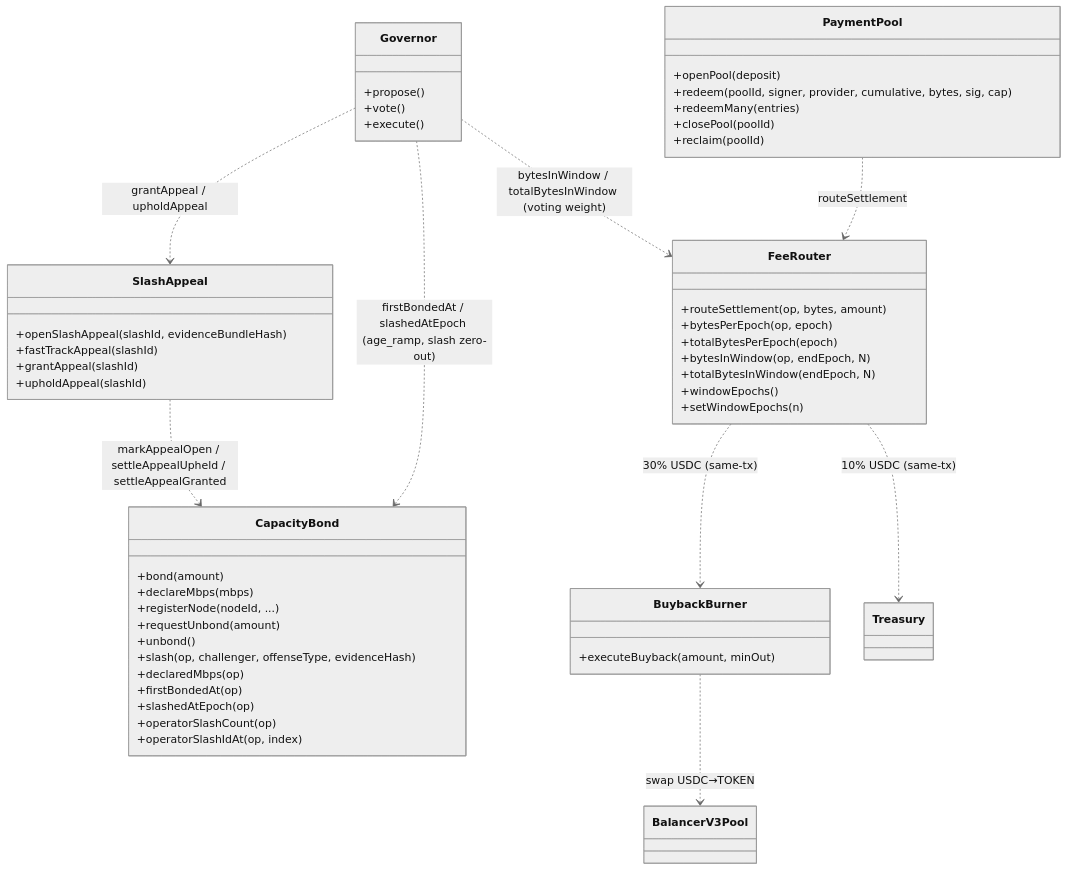
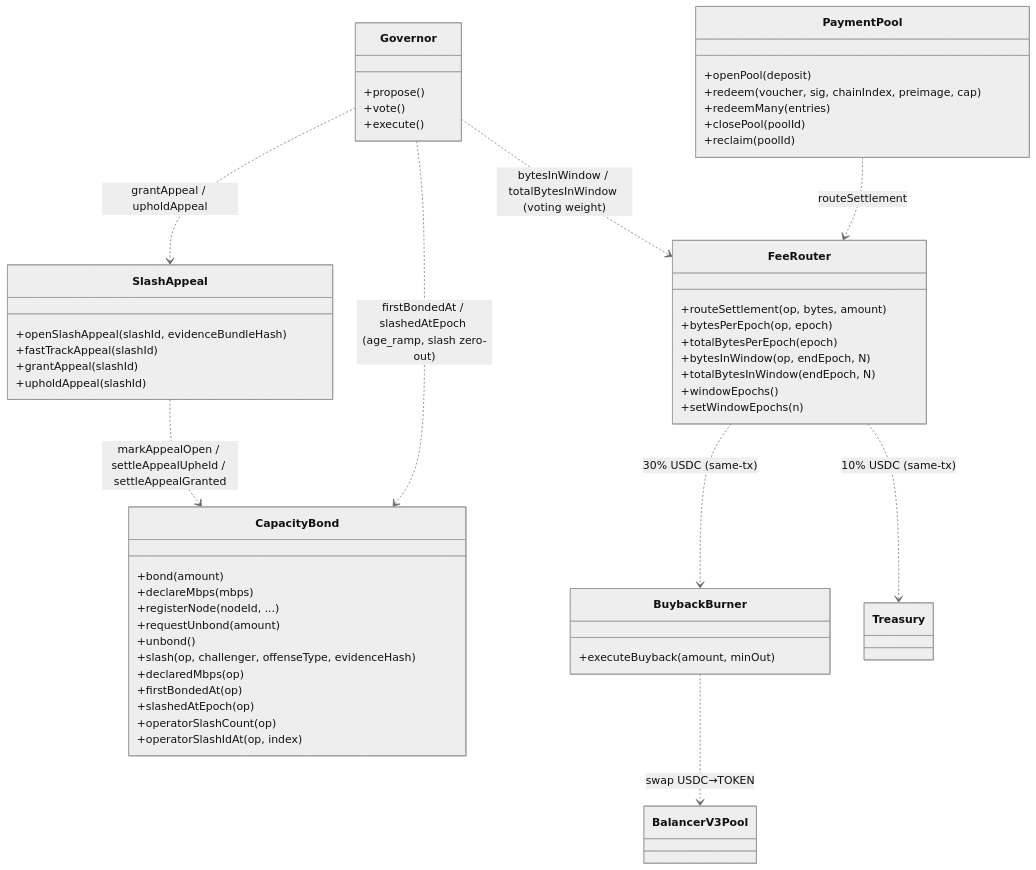
The first of 5 diagrams in adr/016-contract-interactions.md (decdn/decdn), drawn with Mermaid (neutral theme) before and after one commit. The commit also changed other lines of this file and 16 other files, not shown here.

First line of the commit message:
docs(adr): hash-chain the per-MB meter, decouple voucher persistence

````diff
--- a/adr/016-contract-interactions.md
+++ b/adr/016-contract-interactions.md
@@ -41,57 +41,57 @@
 ```mermaid
 classDiagram
     class PaymentPool {
         +openPool(deposit)
-        +redeem(poolId, signer, provider, cumulative, bytes, sig, cap)
+        +redeem(voucher, sig, chainIndex, preimage, cap)
         +redeemMany(entries)
         +closePool(poolId)
         +reclaim(poolId)
     }
     class FeeRouter {
         +routeSettlement(op, bytes, amount)
         +bytesPerEpoch(op, epoch)
         +totalBytesPerEpoch(epoch)
         +bytesInWindow(op, endEpoch, N)
         +totalBytesInWindow(endEpoch, N)
         +windowEpochs()
         +setWindowEpochs(n)
     }
     class CapacityBond {
         +bond(amount)
         +declareMbps(mbps)
         +registerNode(nodeId, ...)
         +requestUnbond(amount)
         +unbond()
         +slash(op, challenger, offenseType, evidenceHash)
         +declaredMbps(op)
         +firstBondedAt(op)
         +slashedAtEpoch(op)
         +operatorSlashCount(op)
         +operatorSlashIdAt(op, index)
     }
     class BuybackBurner {
         +executeBuyback(amount, minOut)
     }
     class SlashAppeal {
         +openSlashAppeal(slashId, evidenceBundleHash)
         +fastTrackAppeal(slashId)
         +grantAppeal(slashId)
         +upholdAppeal(slashId)
     }
     class Governor {
         +propose()
         +vote()
         +execute()
     }
     class Treasury
     class BalancerV3Pool
 
     PaymentPool ..> FeeRouter : routeSettlement
     FeeRouter ..> BuybackBurner : 30% USDC (same-tx)
     FeeRouter ..> Treasury : 10% USDC (same-tx)
     BuybackBurner ..> BalancerV3Pool : swap USDC→TOKEN
     Governor ..> FeeRouter : bytesInWindow / totalBytesInWindow (voting weight)
     Governor ..> CapacityBond : firstBondedAt / slashedAtEpoch (age_ramp, slash zero-out)
     SlashAppeal ..> CapacityBond : markAppealOpen / settleAppealUpheld / settleAppealGranted
     Governor ..> SlashAppeal : grantAppeal / upholdAppeal
 ```
````
